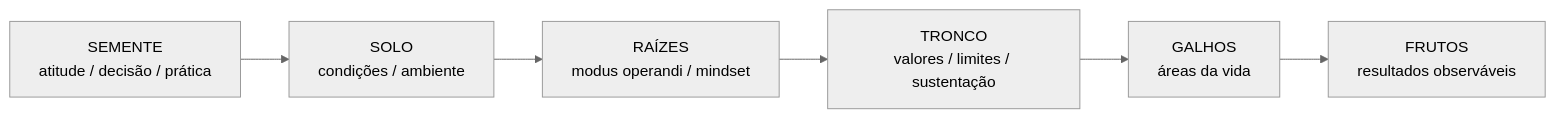
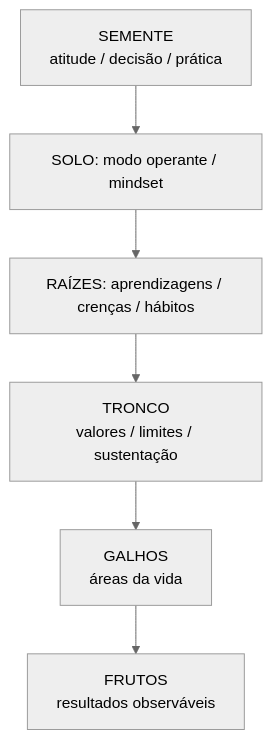
One commit to Sollimastudio/trilogia-sol-lima changed the second of 8 diagrams in 02_REPOSICIONE_SE/MAPA_VISUAL.md. Above: the diagram before and after it, drawn with Mermaid (neutral theme). The commit also changed other lines of this file and 43 other files, not shown here.

````diff
--- a/02_REPOSICIONE_SE/MAPA_VISUAL.md
+++ b/02_REPOSICIONE_SE/MAPA_VISUAL.md
@@ -35,8 +35,8 @@
 ```mermaid
-flowchart LR
-    S[SEMENTE\natitude / decisão / prática] --> SO[SOLO\ncondições / ambiente]
-    SO --> R[RAÍZES\nmodus operandi / mindset]
+flowchart TD
+    S[SEMENTE\natitude / decisão / prática] --> SO["SOLO: modo operante / mindset"]
+    SO --> R["RAÍZES: aprendizagens / crenças / hábitos"]
     R --> T[TRONCO\nvalores / limites / sustentação]
     T --> G[GALHOS\náreas da vida]
     G --> F[FRUTOS\nresultados observáveis]
 ```
````
